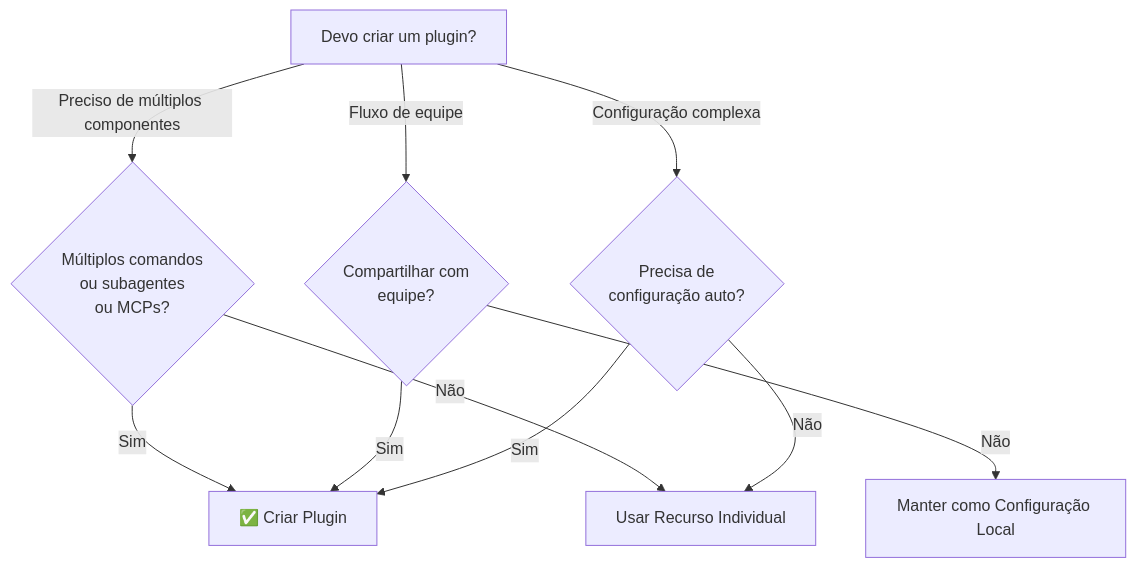
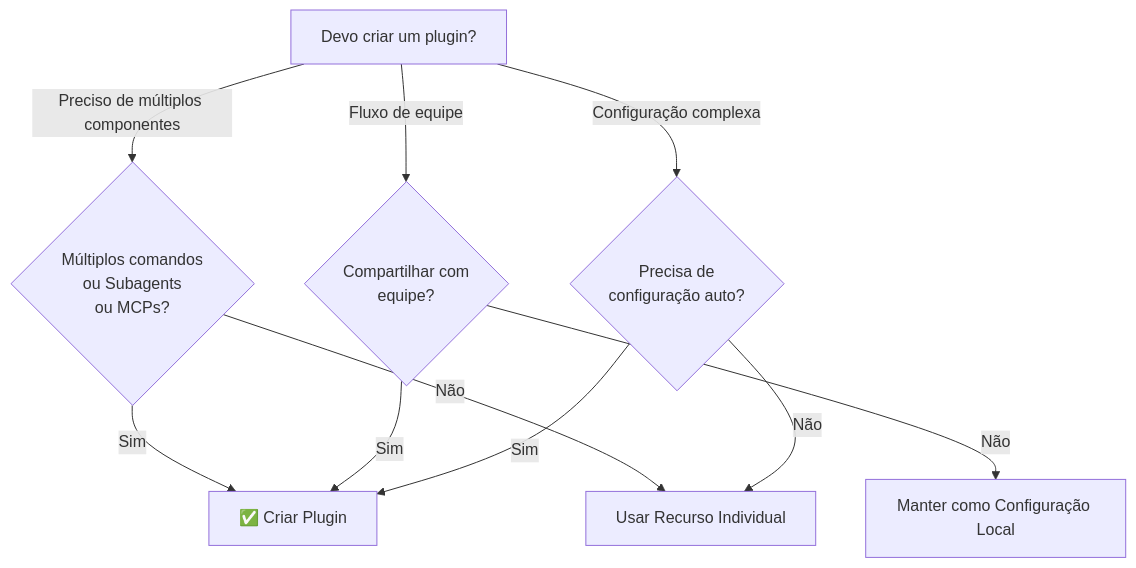
Before and after one commit to Diegobecker07/claude-howto: the fifth of 5 diagrams in pt-BR/07-plugins/README.md, drawn with Mermaid. The commit also changed other lines of this file and 26 other files, not shown here.

````diff
--- a/pt-BR/07-plugins/README.md
+++ b/pt-BR/07-plugins/README.md
@@ -643,13 +643,13 @@
 ```mermaid
 graph TD
     A["Devo criar um plugin?"]
-    A -->|Preciso de múltiplos componentes| B{"Múltiplos comandos<br/>ou subagentes<br/>ou MCPs?"}
+    A -->|Preciso de múltiplos componentes| B{"Múltiplos comandos<br/>ou Subagents<br/>ou MCPs?"}
     B -->|Sim| C["✅ Criar Plugin"]
     B -->|Não| D["Usar Recurso Individual"]
     A -->|Fluxo de equipe| E{"Compartilhar com<br/>equipe?"}
     E -->|Sim| C
     E -->|Não| F["Manter como Configuração Local"]
     A -->|Configuração complexa| G{"Precisa de<br/>configuração auto?"}
     G -->|Sim| C
     G -->|Não| D
 ```
````
